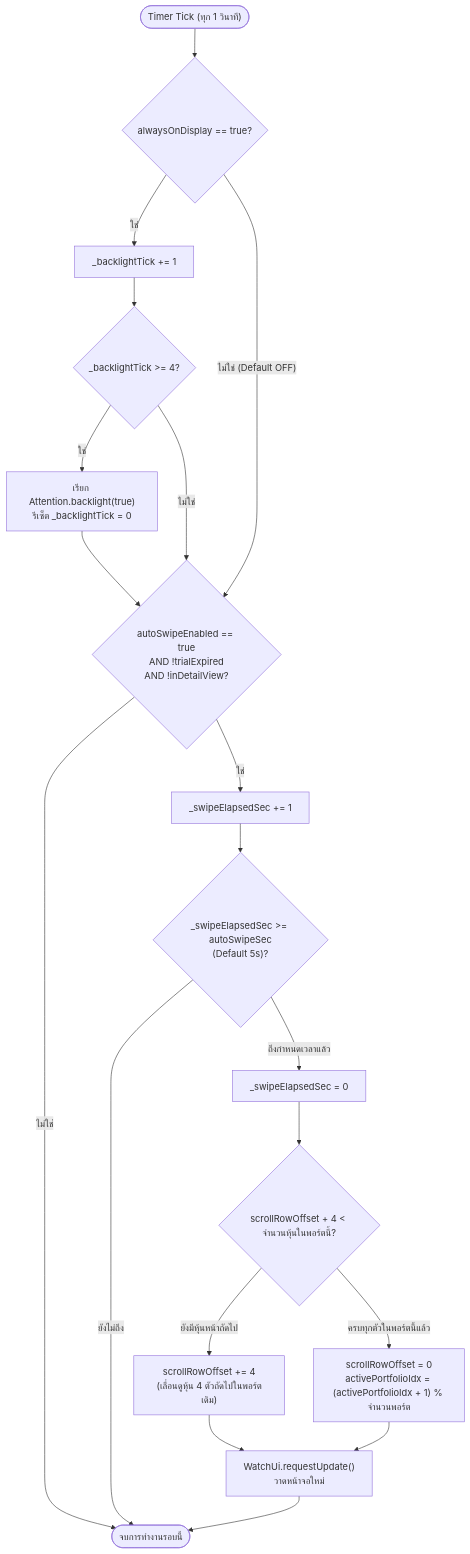
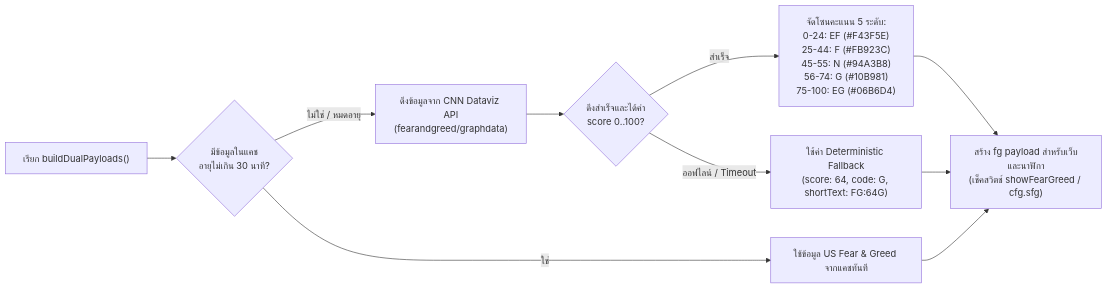
Before and after one commit to e24qdy2/garmin-venu2-moat: the third of 5 diagrams in docs/03-APP-FLOW-AND-LOGIC-FLOW.md, drawn with Mermaid. The commit also changed other lines of this file and 46 other files, not shown here.

Commit message:
docs & feat: update MoatWatch GitHub reports, Garmin multi-device UI wording, Daily US Fear & Greed Index (FG:xx), and Connect IQ Store assets

````diff
--- a/docs/03-APP-FLOW-AND-LOGIC-FLOW.md
+++ b/docs/03-APP-FLOW-AND-LOGIC-FLOW.md
@@ -94,22 +83,12 @@
 ```mermaid
-flowchart TD
-    Tick(["Timer Tick (ทุก 1 วินาที)"]) --> CheckAON{"alwaysOnDisplay == true?"}
-    CheckAON -- "ใช่" --> IncBL["_backlightTick += 1"]
-    IncBL --> CheckBL4{"_backlightTick >= 4?"}
-    CheckBL4 -- "ใช่" --> FireBL["เรียก Attention.backlight(true)<br/>รีเซ็ต _backlightTick = 0"]
-    CheckBL4 -- "ไม่ใช่" --> CheckSwipeGate
-    CheckAON -- "ไม่ใช่ (Default OFF)" --> CheckSwipeGate
-
-    FireBL --> CheckSwipeGate{"autoSwipeEnabled == true<br/>AND !trialExpired<br/>AND !inDetailView?"}
-    CheckSwipeGate -- "ไม่ใช่" --> EndTick(["จบการทำงานรอบนี้"])
-    CheckSwipeGate -- "ใช่" --> IncSwipe["_swipeElapsedSec += 1"]
-    IncSwipe --> ReachSec{"_swipeElapsedSec >= autoSwipeSec<br/>(Default 5s)?"}
-    ReachSec -- "ยังไม่ถึง" --> EndTick
-    ReachSec -- "ถึงกำหนดเวลาแล้ว" --> ResetSec["_swipeElapsedSec = 0"]
-    ResetSec --> HasMoreRows{"scrollRowOffset + 4 < จำนวนหุ้นในพอร์ตนี้?"}
-    HasMoreRows -- "ยังมีหุ้นหน้าถัดไป" --> NextPage["scrollRowOffset += 4<br/>(เลื่อนดูหุ้น 4 ตัวถัดไปในพอร์ตเดิม)"]
-    HasMoreRows -- "ครบทุกตัวในพอร์ตนี้แล้ว" --> NextPort["scrollRowOffset = 0<br/>activePortfolioIdx = (activePortfolioIdx + 1) % จำนวนพอร์ต"]
-    NextPage --> Redraw["WatchUi.requestUpdate()<br/>วาดหน้าจอใหม่"]
-    NextPort --> Redraw
-    Redraw --> EndTick
+flowchart LR
+    Req["เรียก buildDualPayloads()"] --> CheckCache{"มีข้อมูลในแคช<br/>อายุไม่เกิน 30 นาที?"}
+    CheckCache -- "ใช่" --> UseCache["ใช้ข้อมูล US Fear & Greed จากแคชทันที"]
+    CheckCache -- "ไม่ใช่ / หมดอายุ" --> FetchCNN["ดึงข้อมูลจาก CNN Dataviz API<br/>(fearandgreed/graphdata)"]
+    FetchCNN --> Valid{"ดึงสำเร็จและได้ค่า<br/>score 0..100?"}
+    Valid -- "สำเร็จ" --> Classify["จัดโซนคะแนน 5 ระดับ:<br/>0-24: EF (#F43F5E)<br/>25-44: F (#FB923C)<br/>45-55: N (#94A3B8)<br/>56-74: G (#10B981)<br/>75-100: EG (#06B6D4)"]
+    Valid -- "ออฟไลน์ / Timeout" --> Fallback["ใช้ค่า Deterministic Fallback<br/>(score: 64, code: G, shortText: FG:64G)"]
+    Classify --> Out["สร้าง fg payload สำหรับเว็บและนาฬิกา<br/>(เช็คสวิตช์ showFearGreed / cfg.sfg)"]
+    Fallback --> Out
+    UseCache --> Out
 ```
````
